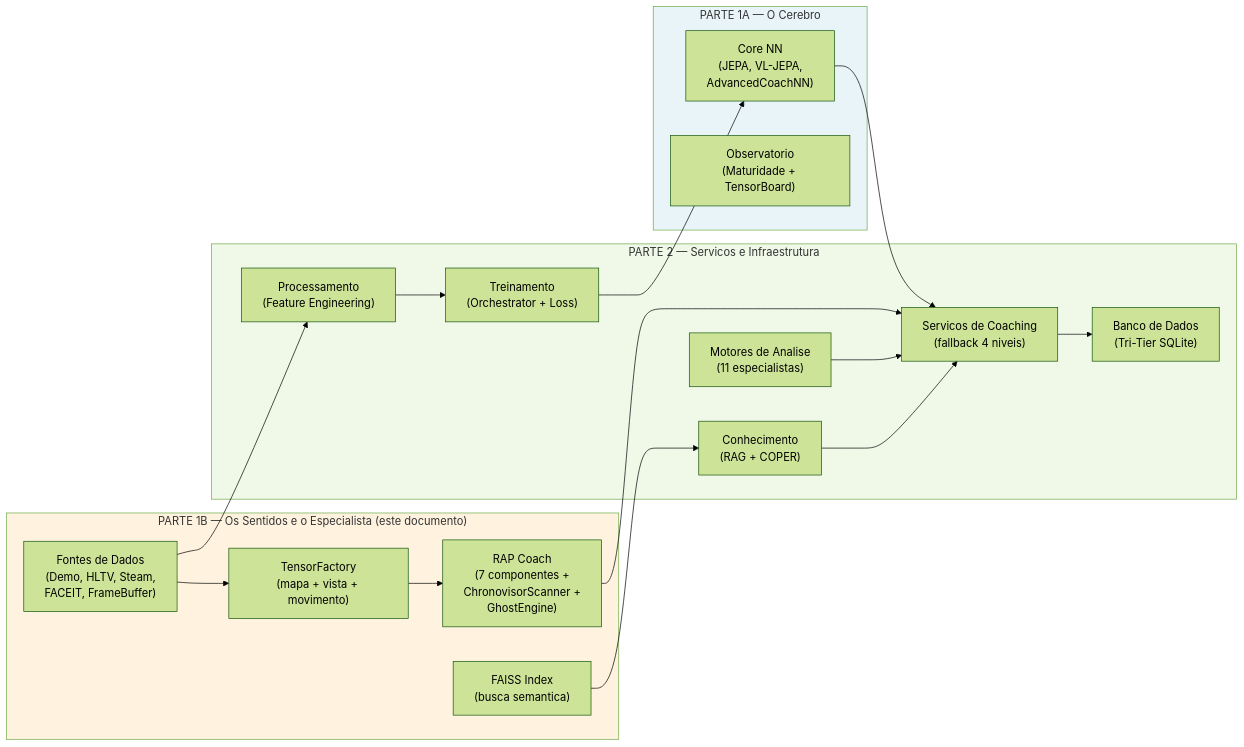
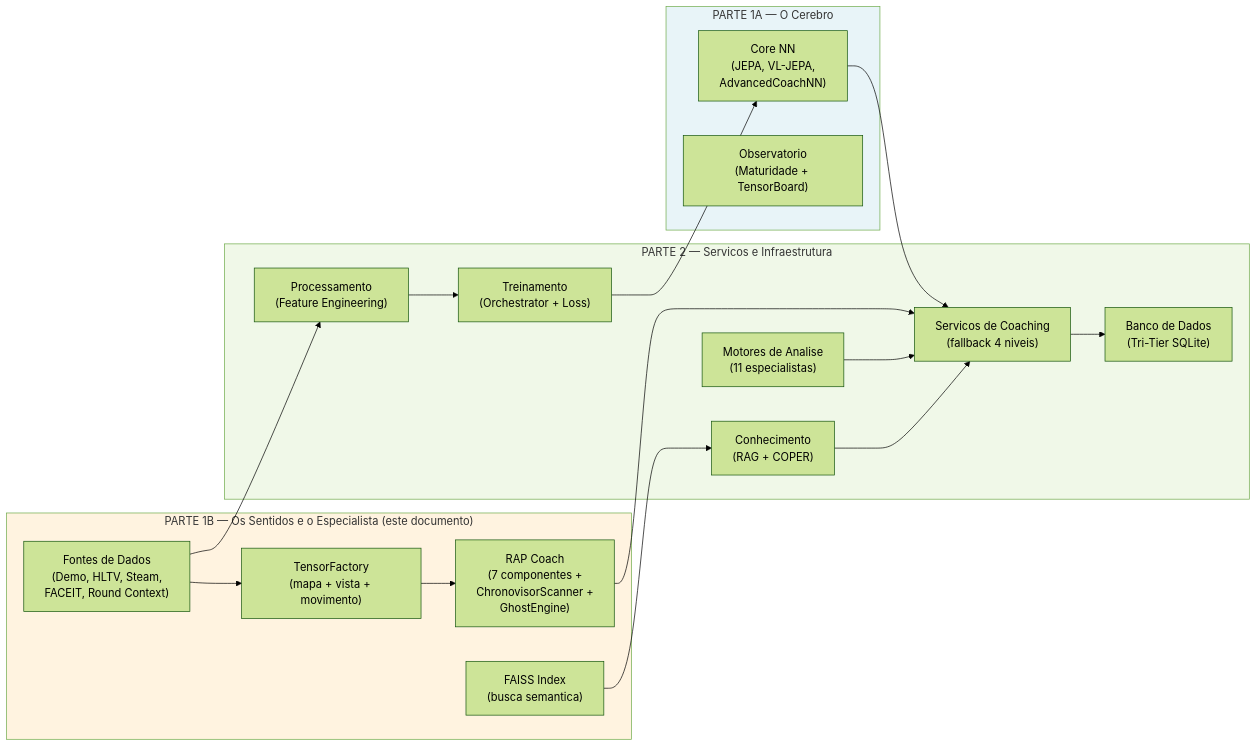
Before and after one commit to renanaugustomacena-ux/Counter-Strike-coach-AI: diagram 16 of 16 in docs/books/Book-Coach-1B-pt.md, drawn with Mermaid (forest theme). The commit also changed other lines of this file and 36 other files, not shown here.

````diff
--- a/docs/books/Book-Coach-1B-pt.md
+++ b/docs/books/Book-Coach-1B-pt.md
@@ -1071,37 +1017,37 @@
 ```mermaid
 flowchart LR
     subgraph PARTE1A["PARTE 1A — O Cerebro"]
         NN["Core NN<br/>(JEPA, VL-JEPA,<br/>AdvancedCoachNN)"]
         OBS["Observatorio<br/>(Maturidade + TensorBoard)"]
     end
     subgraph PARTE1B["PARTE 1B — Os Sentidos e o Especialista (este documento)"]
-        DS["Fontes de Dados<br/>(Demo, HLTV, Steam,<br/>FACEIT, FrameBuffer)"]
+        DS["Fontes de Dados<br/>(Demo, HLTV, Steam,<br/>FACEIT, Round Context)"]
         TF["TensorFactory<br/>(mapa + vista + movimento)"]
         FAISS_P1["FAISS Index<br/>(busca semantica)"]
         RAP["RAP Coach<br/>(7 componentes +<br/>ChronovisorScanner +<br/>GhostEngine)"]
     end
     subgraph PARTE2["PARTE 2 — Servicos e Infraestrutura"]
         SVC["Servicos de Coaching<br/>(fallback 4 niveis)"]
         ANL["Motores de Analise<br/>(11 especialistas)"]
         KB["Conhecimento<br/>(RAG + COPER)"]
         PROC["Processamento<br/>(Feature Engineering)"]
         DB["Banco de Dados<br/>(Tri-Tier SQLite)"]
         TRAIN["Treinamento<br/>(Orchestrator + Loss)"]
     end
 
     DS --> PROC
     DS --> TF
     TF --> RAP
     FAISS_P1 --> KB
     NN --> SVC
     RAP --> SVC
     PROC --> TRAIN
     TRAIN --> NN
     ANL --> SVC
     KB --> SVC
     SVC --> DB
 
     style PARTE1A fill:#e8f4f8
     style PARTE1B fill:#fff3e0
     style PARTE2 fill:#f0f8e8
 ```
````
